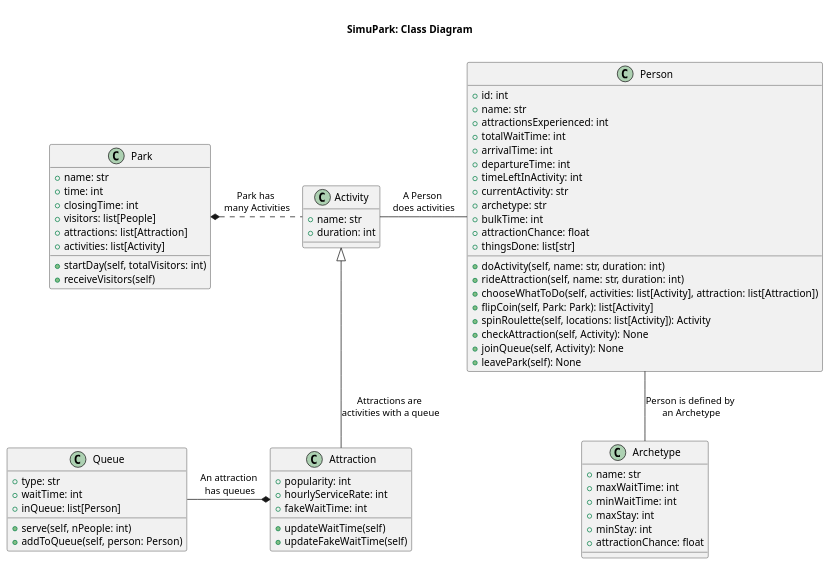
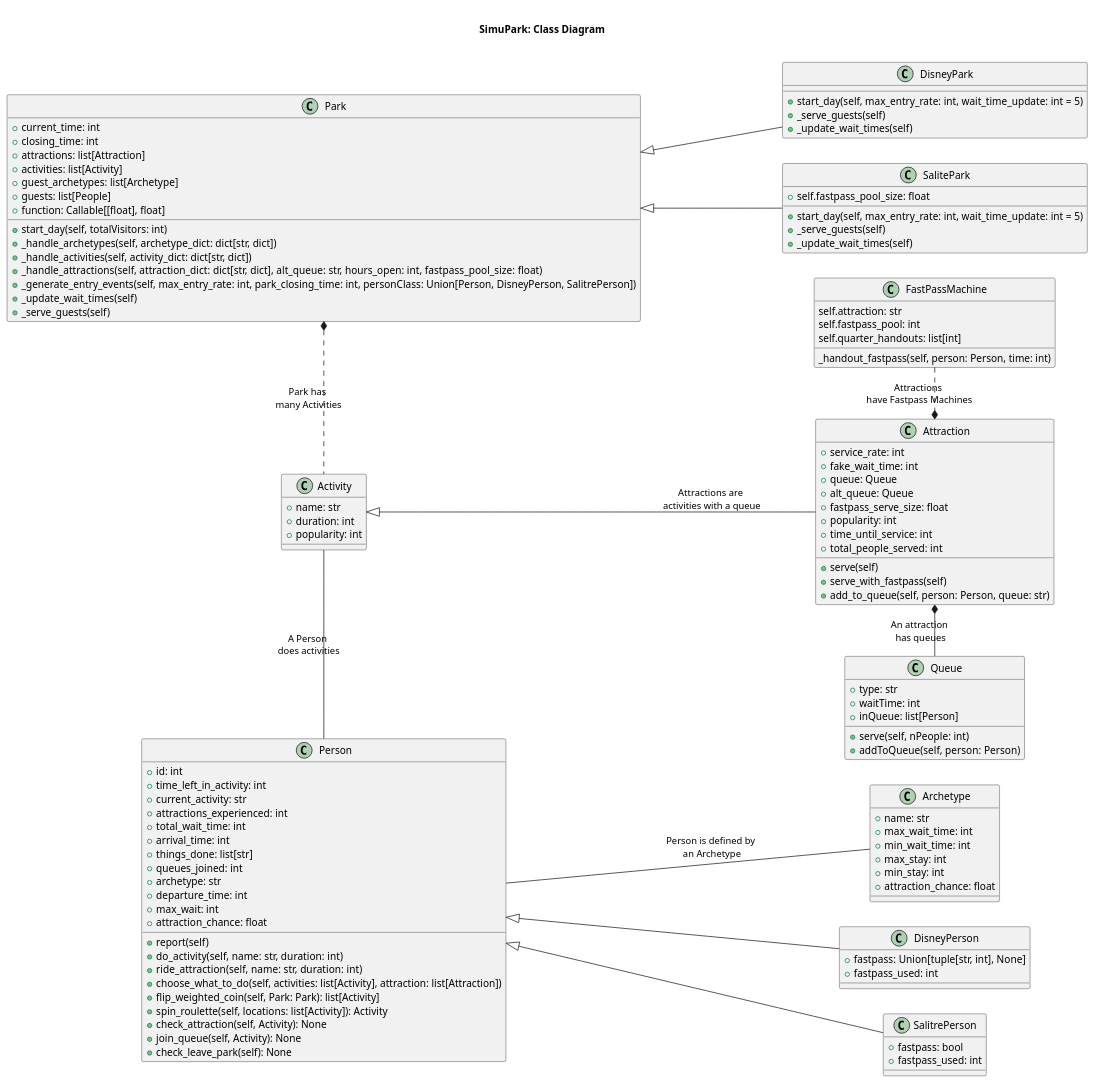
One commit to MrDahaniel/SimuPark changed the diagram in Planning/Class Diagrams/Park.plantuml. Above: the diagram before and after it, drawn with PlantUML. The commit also changed 8 other files, not shown here.

Commit message:
Updated park, person. Added notebooks. Updated rmd.

```diff
--- a/Planning/Class Diagrams/Park.plantuml
+++ b/Planning/Class Diagrams/Park.plantuml
@@ -1,99 +1,152 @@
 @startuml parkClassDiagram
 
      title \nSimuPark: Class Diagram\n
 
      ' skinparam style strictuml
      skinparam defaultTextAlignment center
+     left to right direction
 
      ' Class Declaration
      class Person {
           ' Variables
           +id: int
-          +name: str
-          +attractionsExperienced: int
-          +totalWaitTime: int
-          +arrivalTime: int
-          +departureTime: int
-          +timeLeftInActivity: int
-          +currentActivity: str
+          +time_left_in_activity: int
+          +current_activity: str
+          +attractions_experienced: int
+          +total_wait_time: int
+          +arrival_time: int
+          +things_done: list[str]
+          +queues_joined: int
           +archetype: str
-          +bulkTime: int
-          +attractionChance: float
-          +thingsDone: list[str]
+          +departure_time: int
+          +max_wait: int
+          +attraction_chance: float
 
 
           ' Methods
-          +doActivity(self, name: str, duration: int)
-          +rideAttraction(self, name: str, duration: int)
-          +chooseWhatToDo(self, activities: list[Activity], attraction: list[Attraction])
-          +flipCoin(self, Park: Park): list[Activity]
-          +spinRoulette(self, locations: list[Activity]): Activity
-          +checkAttraction(self, Activity): None
-          +joinQueue(self, Activity): None
-          +leavePark(self): None
+          +report(self)
+          +do_activity(self, name: str, duration: int)
+          +ride_attraction(self, name: str, duration: int)
+          +choose_what_to_do(self, activities: list[Activity], attraction: list[Attraction])
+          +flip_weighted_coin(self, Park: Park): list[Activity]
+          +spin_roulette(self, locations: list[Activity]): Activity
+          +check_attraction(self, Activity): None
+          +join_queue(self, Activity): None
+          +check_leave_park(self): None
+     }
+
+     class DisneyPerson {
+          + fastpass: Union[tuple[str, int], None]
+          + fastpass_used: int
+     }
+
+     class SalitrePerson {
+          + fastpass: bool
+          + fastpass_used: int
      }
 
      class Archetype {
           ' Variables
           +name: str
-          +maxWaitTime: int
-          +minWaitTime: int
-          +maxStay: int
-          +minStay: int
-          +attractionChance: float
+          +max_wait_time: int
+          +min_wait_time: int
+          +max_stay: int
+          +min_stay: int
+          +attraction_chance: float
 
           ' Methods
 
      }
 
      class Activity {
           ' Variables
           +name: str
           +duration: int
+          +popularity: int
 
      }
 
      class Attraction {
           ' Variables
+          +service_rate: int
+          +fake_wait_time: int
+          +queue: Queue
+          +alt_queue: Queue
+          +fastpass_serve_size: float
           +popularity: int
-          +hourlyServiceRate: int
-          +fakeWaitTime: int
+          +time_until_service: int
+          +total_people_served: int
+
           ' Methods
           
-          +updateWaitTime(self)
-          +updateFakeWaitTime(self)
+          +serve(self)
+          +serve_with_fastpass(self)
+          +add_to_queue(self, person: Person, queue: str)
      }
 
      class Park {
           ' Variables
-          +name: str
-          +time: int
-          +closingTime: int
-          +visitors: list[People]
+          +current_time: int
+          +closing_time: int
           +attractions: list[Attraction]
           +activities: list[Activity]
+          +guest_archetypes: list[Archetype]
+          +guests: list[People]
+          +function: Callable[[float], float]
 
           ' Methods
-          +startDay(self, totalVisitors: int)
-          +receiveVisitors(self)
+          +start_day(self, totalVisitors: int)
+          +_handle_archetypes(self, archetype_dict: dict[str, dict])
+          +_handle_activities(self, activity_dict: dict[str, dict])
+          +_handle_attractions(self, attraction_dict: dict[str, dict], alt_queue: str, hours_open: int, fastpass_pool_size: float)
+          +_generate_entry_events(self, max_entry_rate: int, park_closing_time: int, personClass: Union[Person, DisneyPerson, SalitrePerson])
+          +_update_wait_times(self)
+          +_serve_guests(self)
+     }
+
+     class DisneyPark {
+          +start_day(self, max_entry_rate: int, wait_time_update: int = 5)
+          +_serve_guests(self)
+          +_update_wait_times(self)
+     }
+
+     class SalitePark {
+          +self.fastpass_pool_size: float
+
+          +start_day(self, max_entry_rate: int, wait_time_update: int = 5)
+          +_serve_guests(self)
+          +_update_wait_times(self)
      }
 
      class Queue {
           ' Variables
           +type: str
           +waitTime: int
           +inQueue: list[Person]
 
           ' Methods
           +serve(self, nPeople: int)
           +addToQueue(self, person: Person)
      }
 
+     class FastPassMachine {
+          self.attraction: str
+          self.fastpass_pool: int
+          self.quarter_handouts: list[int]
+
+          _handout_fastpass(self, person: Person, time: int)
+     }
+
      ' Relationships
      Park *.right. Activity : Park has \nmany Activities
+     Park <|-- DisneyPark
+     Park <|-- SalitePark
      Activity <|-- Attraction : Attractions are \nactivities with a queue
+     Attraction *.left. FastPassMachine: Attractions \nhave Fastpass Machines
      Person -left-  Activity : A Person \ndoes activities
      Person -- Archetype : Person is defined by \nan Archetype
-     Attraction *-left- Queue : An attraction\n has queues
+     Person <|-- DisneyPerson
+     Person <|-- SalitrePerson
+     Attraction *-right- Queue : An attraction\n has queues
 
 @enduml
```
